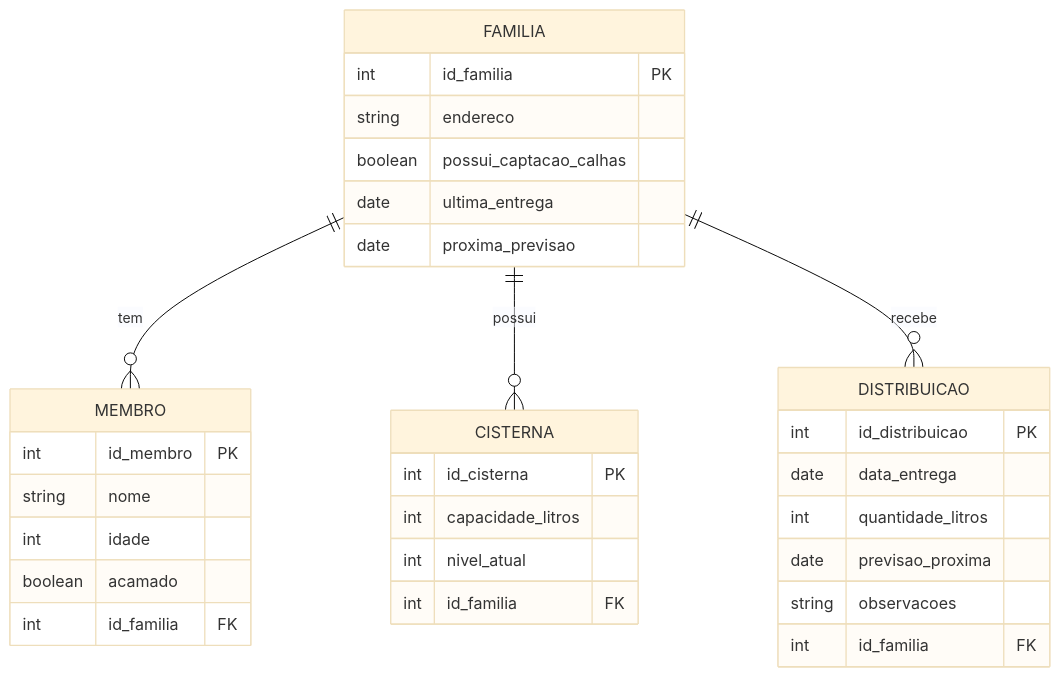
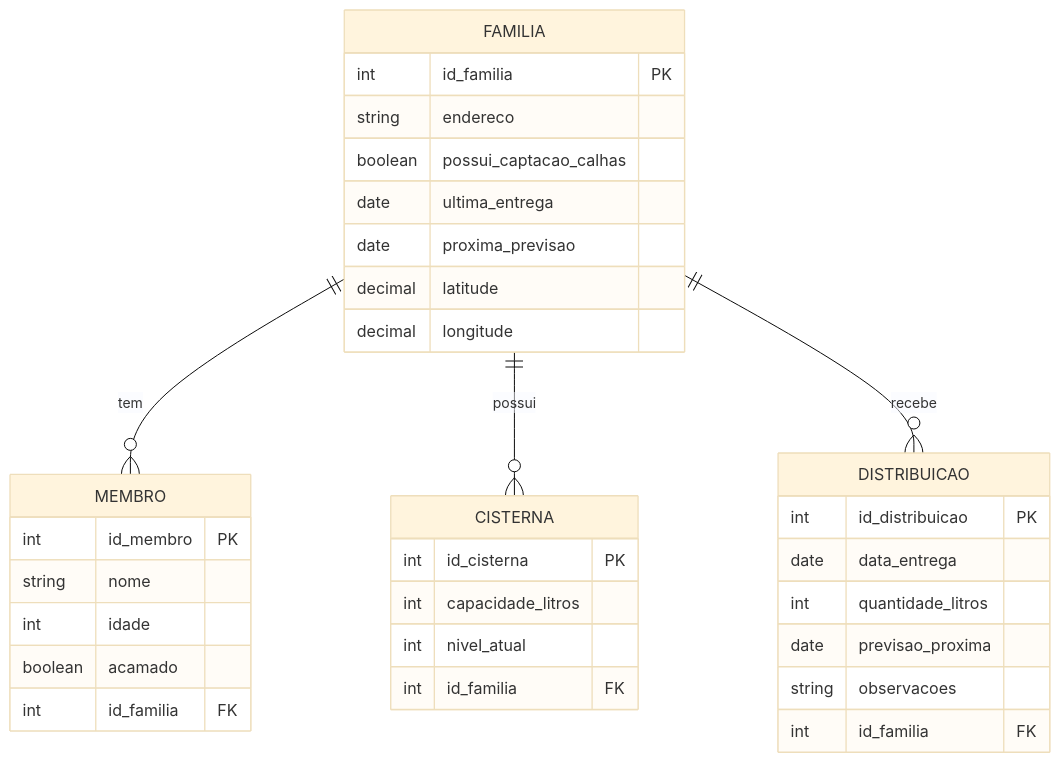
Before and after one commit to ricardoo-azevedo/Projeto-Back-End-Mais-Agua-Para-Nosso-Povo: the diagram in README.md, drawn with Mermaid (base theme).

Commit message:
fix: consertando a modelagem para atender melhor os requisitos

````diff
--- a/README.md
+++ b/README.md
@@ -34,39 +34,40 @@
 ```mermaid
 erDiagram
     FAMILIA {
         int id_familia PK
         string endereco
         boolean possui_captacao_calhas
         date ultima_entrega
         date proxima_previsao
+        decimal latitude
+        decimal longitude
     }
 
     MEMBRO {
         int id_membro PK
         string nome
         int idade
         boolean acamado
         int id_familia FK
     }
 
     CISTERNA {
         int id_cisterna PK
         int capacidade_litros
         int nivel_atual
         int id_familia FK
     }
 
     DISTRIBUICAO {
         int id_distribuicao PK
         date data_entrega
         int quantidade_litros
         date previsao_proxima
         string observacoes
         int id_familia FK
     }
 
     FAMILIA ||--o{ MEMBRO : "tem"
     FAMILIA ||--o{ CISTERNA : "possui"
     FAMILIA ||--o{ DISTRIBUICAO : "recebe"
-
 ```
````
